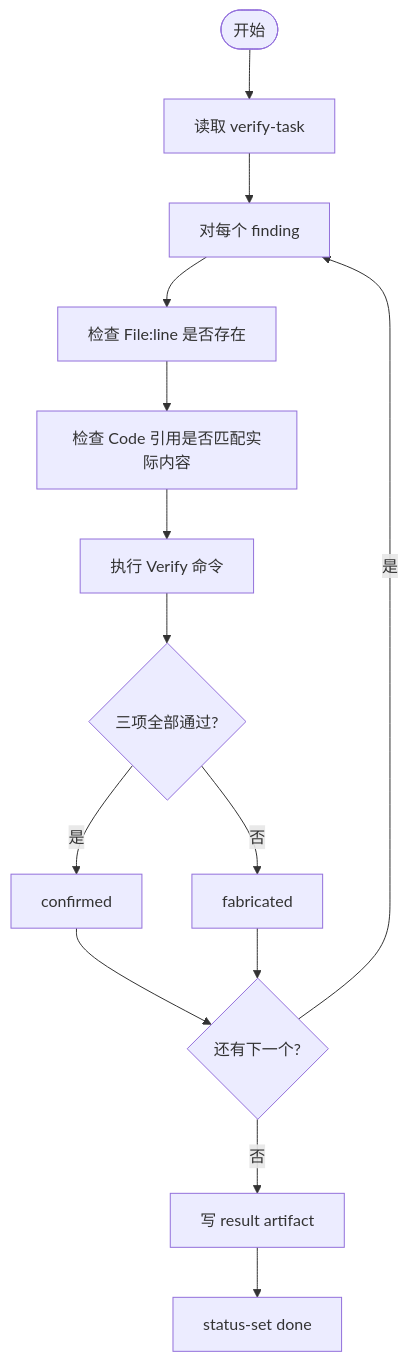
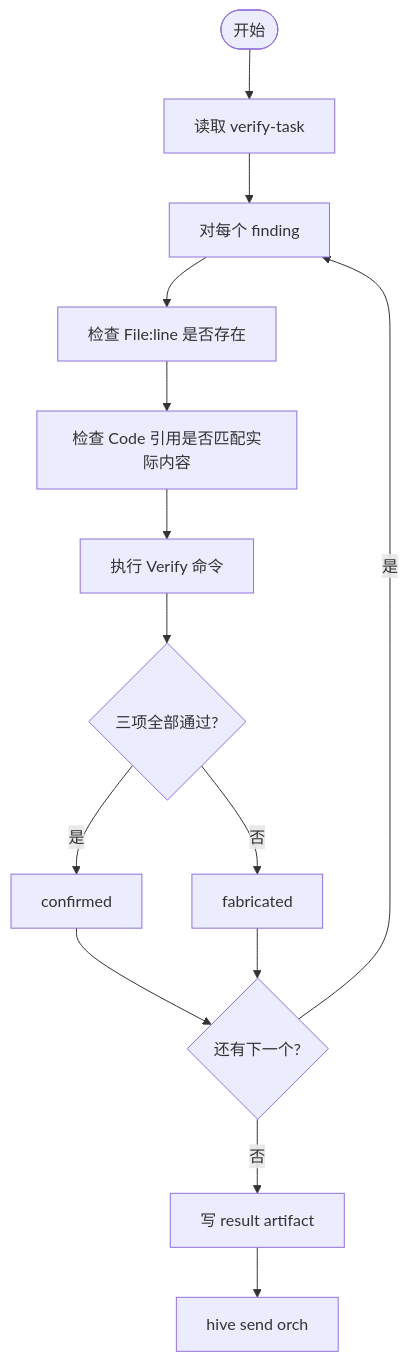
The diagram in src/hive/plugins/code-review/skills/code-review/stages/1-verify-verifier.md (ryanflavor/hive), drawn with Mermaid before and after one commit. The commit also changed other lines of this file and 7 other files, not shown here.

First line of the commit message:
refactor: message-driven code-review, replace status polling with hive send

````diff
--- a/src/hive/plugins/code-review/skills/code-review/stages/1-verify-verifier.md
+++ b/src/hive/plugins/code-review/skills/code-review/stages/1-verify-verifier.md
@@ -7,16 +7,16 @@
 ```mermaid
 flowchart TD
     Start([开始]) --> Read[读取 verify-task]
     Read --> Loop[对每个 finding]
     Loop --> F1[检查 File:line 是否存在]
     F1 --> F2[检查 Code 引用是否匹配实际内容]
     F2 --> F3[执行 Verify 命令]
     F3 --> Judge{三项全部通过?}
     Judge -->|是| Confirmed[confirmed]
     Judge -->|否| Fabricated[fabricated]
     Confirmed --> Next{还有下一个?}
     Fabricated --> Next
     Next -->|是| Loop
     Next -->|否| Write[写 result artifact]
-    Write --> Done[status-set done]
+    Write --> Done[hive send orch]
 ```
````
